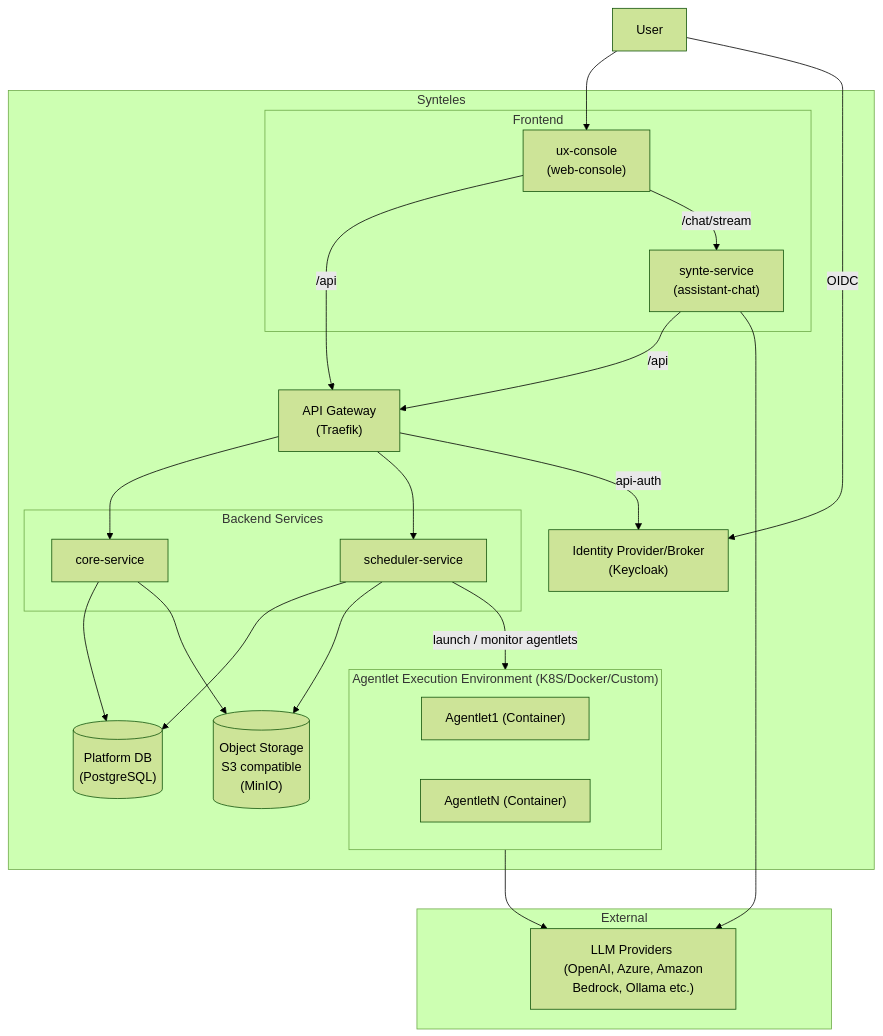
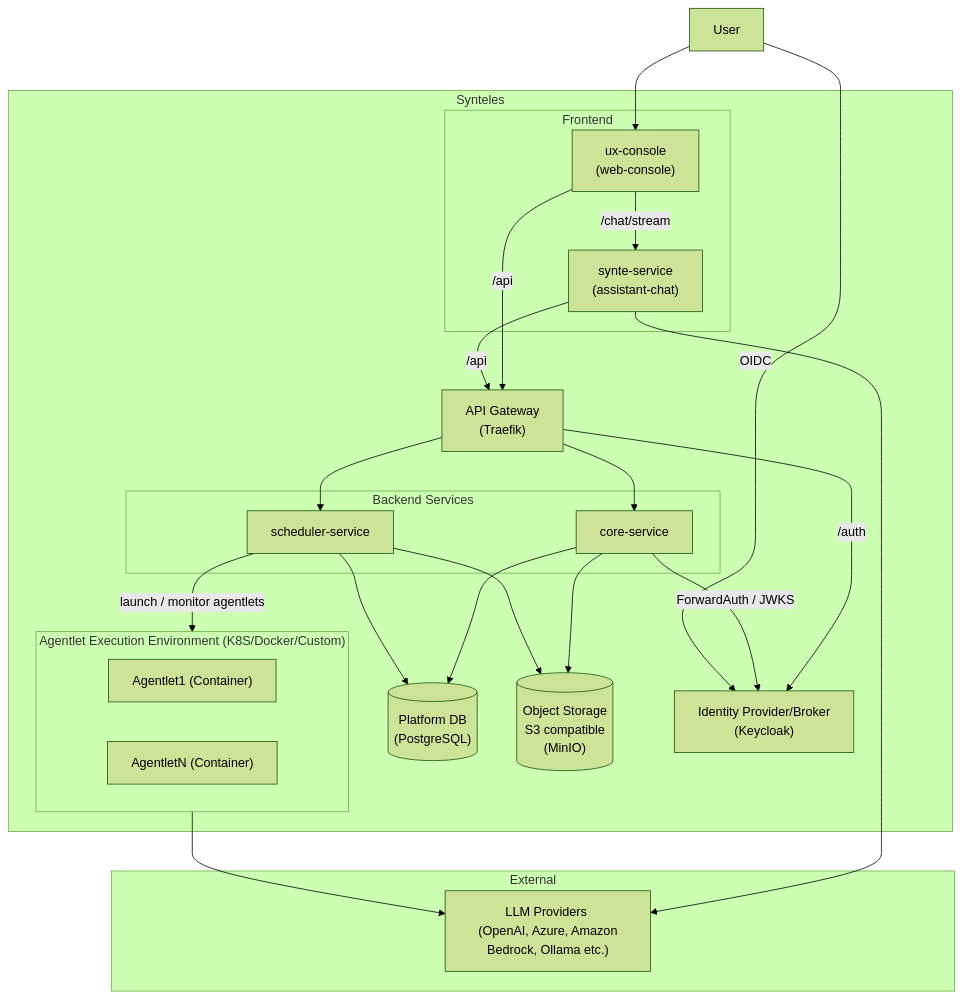
One commit to Synteles/synteles changed the first of 2 diagrams in docs/architecture.md. Above: the diagram before and after it, drawn with Mermaid (forest theme). The commit also changed other lines of this file and 1 other file, not shown here.

Commit message:
Update API contracts and architecture documentation for clarity and accuracy

````diff
--- a/docs/architecture.md
+++ b/docs/architecture.md
@@ -30,51 +30,52 @@
-```mermaid
+```mermaid 
 graph TB
     User["User"]
 
     subgraph Stack["Synteles"]
 
         subgraph Frontend["Frontend"]
             UX["ux-console </br> (web-console)"]
             Synte["synte-service </br> (assistant-chat)"]
         end
 
         Traefik["API Gateway </br> (Traefik)"]
 
         subgraph Backend["Backend Services"]
             Core["core-service"]
             Scheduler["scheduler-service"]
         end
 
 
         PG[("Platform DB </br> (PostgreSQL)")]
         Minio[("Object Storage </br> S3 compatible </br> (MinIO)")]
 
         KC["Identity Provider/Broker </br> (Keycloak)"]
         
         subgraph EE["Agentlet Execution Environment (K8S/Docker/Custom)"]
             Agentlet1["Agentlet1 (Container)"]
             AgentletN["AgentletN (Container)"]
         end
 
     end
 
     subgraph External["External"]
         LLM["LLM Providers </br> (OpenAI, Azure, Amazon Bedrock, Ollama etc.)"]
     end
 
     User --> UX
     UX -->|"/api"| Traefik
     UX -->|"/chat/stream"| Synte
     Traefik --> Core
     Traefik --> Scheduler
-    Traefik -->|"api-auth"| KC
+    Traefik -->|"/auth"| KC
+    Core -->|"ForwardAuth / JWKS"| KC
     Synte -->|"/api"| Traefik
     Core --> PG
     Core --> Minio
     Scheduler --> PG
     Scheduler --> Minio
     Scheduler -->|"launch / monitor agentlets"| EE
     EE --> LLM
     Synte --> LLM
     User -->|"OIDC"| KC
 ```
````
